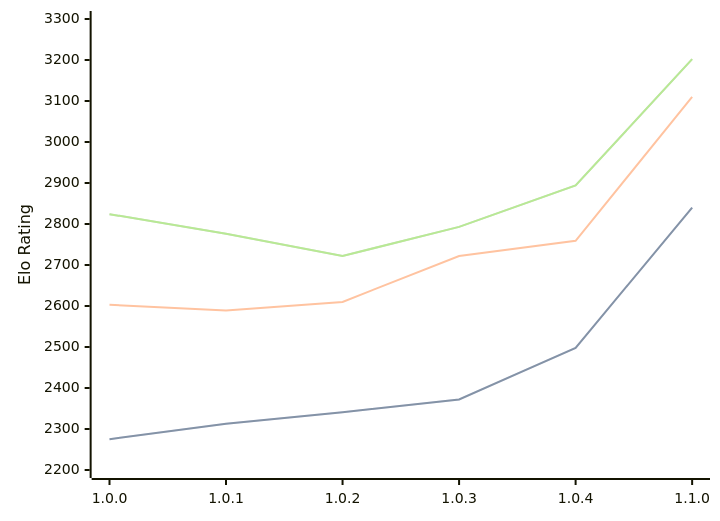
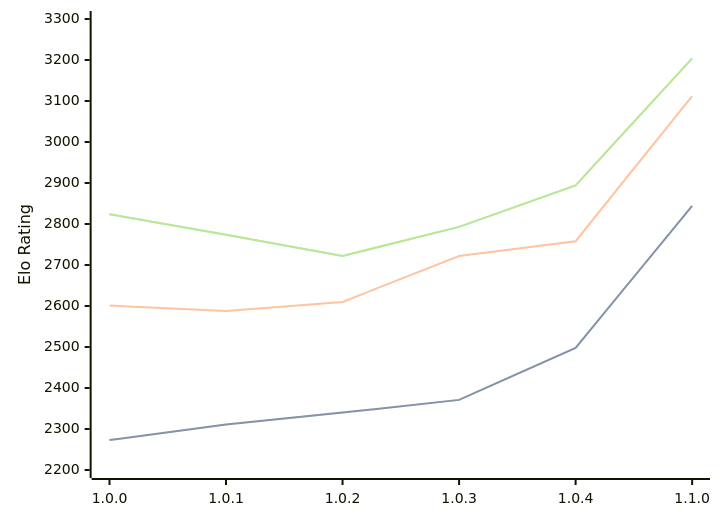
The diagram in engines/Grail.md (computer-chess-index/cci), drawn with Mermaid before and after one commit. The commit also changed other lines of this file, not shown here.

Commit message:
Update CCI Ratings (ELO VLTC) - 2026-03-18

````diff
--- a/engines/Grail.md
+++ b/engines/Grail.md
@@ -34,11 +34,11 @@
 ```mermaid
 %%{init: {"theme":"base","themeVariables":{"seriesColors:['#a3a3a3','#222221','#faa371']}}}%%
 xychart-beta
   x-axis ["1.0.0", "1.0.1", "1.0.2", "1.0.3", "1.0.4", "1.1.0"]
   y-axis "Elo Rating" 2200 --> 3300
-  line "STC (8.0+0.08s)" [2275, 2313, 2341, 2372, 2498, 2840]
-  line "STC (8.0+0.08s)" [2275, 2313, 2341, 2372, 2498, 2840]
-  line "LTC (60.0+0.60s)" [2603, 2589, 2610, 2722, 2759, 3110]
-  line "VLTC (2m24s+1.12s)" [2824, 2776, 2722, 2793, 2894, 3202]
-  line "VLTC (2m24s+1.12s)" [2824, 2776, 2722, 2793, 2894, 3202]
+  line "STC (8.0+0.08s)" [2273, 2311, 2340, 2371, 2498, 2844]
+  line "STC (8.0+0.08s)" [2273, 2311, 2340, 2371, 2498, 2844]
+  line "LTC (60.0+0.60s)" [2601, 2588, 2610, 2722, 2758, 3112]
+  line "VLTC (2m24s+1.12s)" [2824, 2774, 2722, 2793, 2894, 3204]
+  line "VLTC (2m24s+1.12s)" [2824, 2774, 2722, 2793, 2894, 3204]
 ```
````
